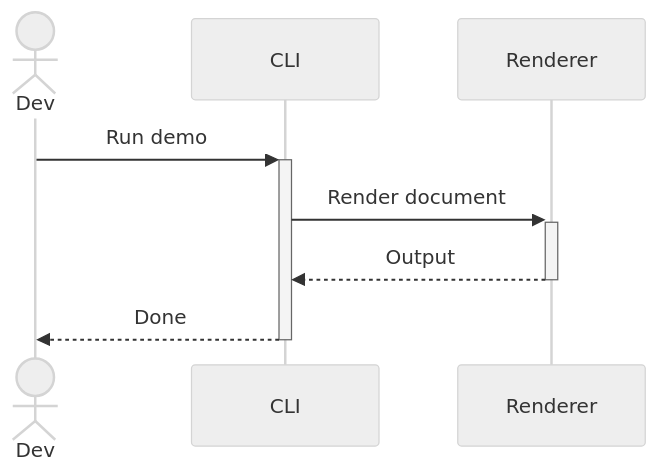
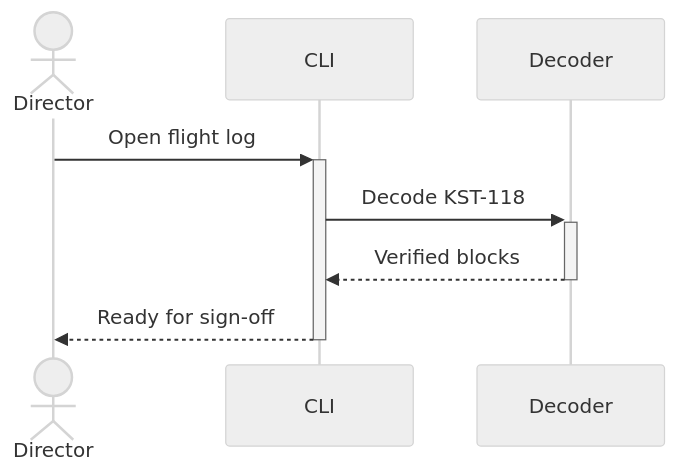
The seventh of 35 diagrams in examples/mermaid.md (Desiment/opentui-markdown-render), drawn with Mermaid (neutral theme) before and after one commit. The commit also changed other lines of this file and 36 other files, not shown here.

````diff
--- a/examples/mermaid.md
+++ b/examples/mermaid.md
@@ -81,10 +85,10 @@
 ```mermaid
 sequenceDiagram
-  actor Dev
+  actor Director
   participant CLI
-  participant Renderer
-  Dev->>+CLI: Run demo
-  CLI->>+Renderer: Render document
-  Renderer-->>-CLI: Output
-  CLI-->>-Dev: Done
+  participant Decoder
+  Director->>+CLI: Open flight log
+  CLI->>+Decoder: Decode KST-118
+  Decoder-->>-CLI: Verified blocks
+  CLI-->>-Director: Ready for sign-off
 ```
````
